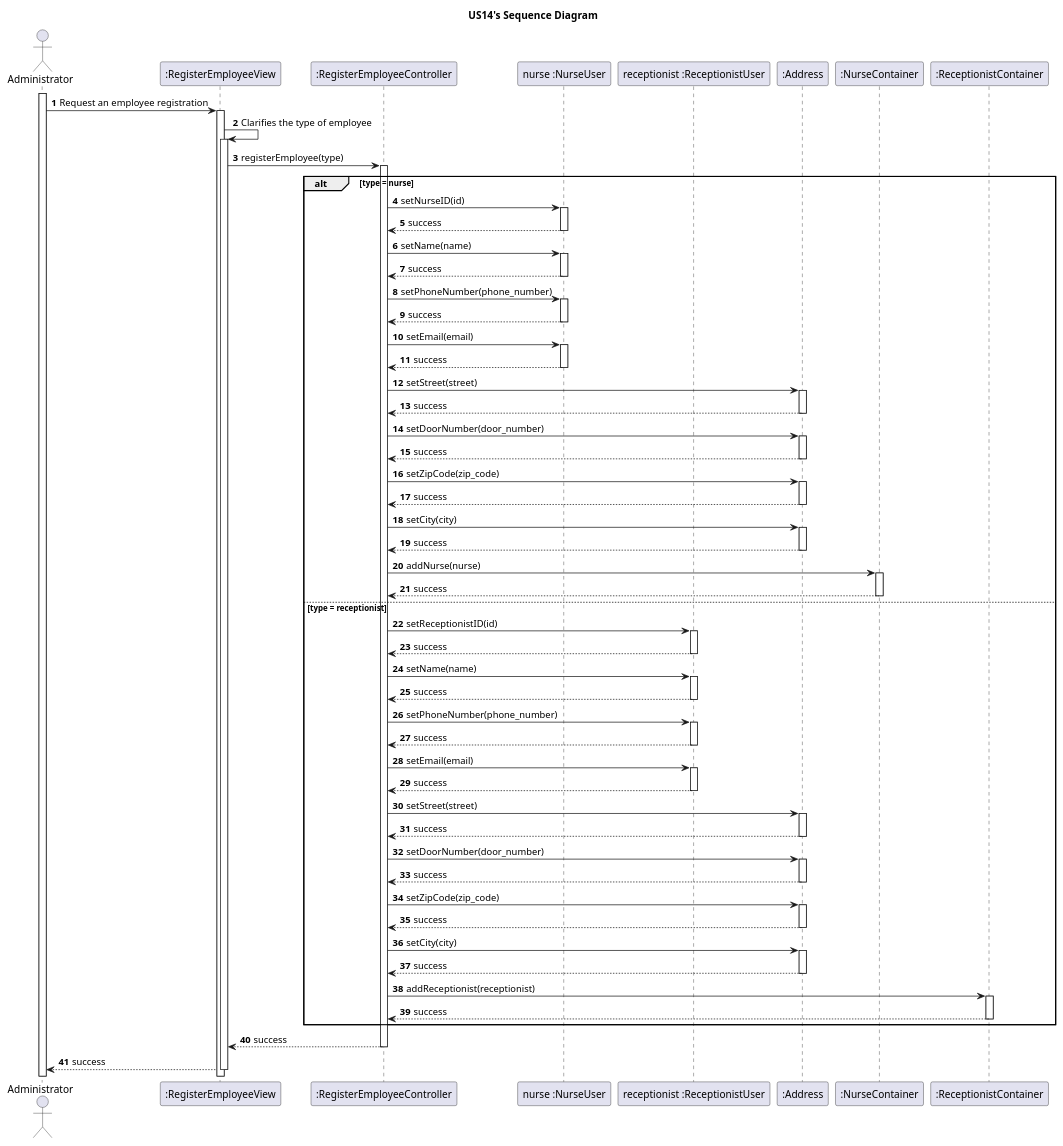
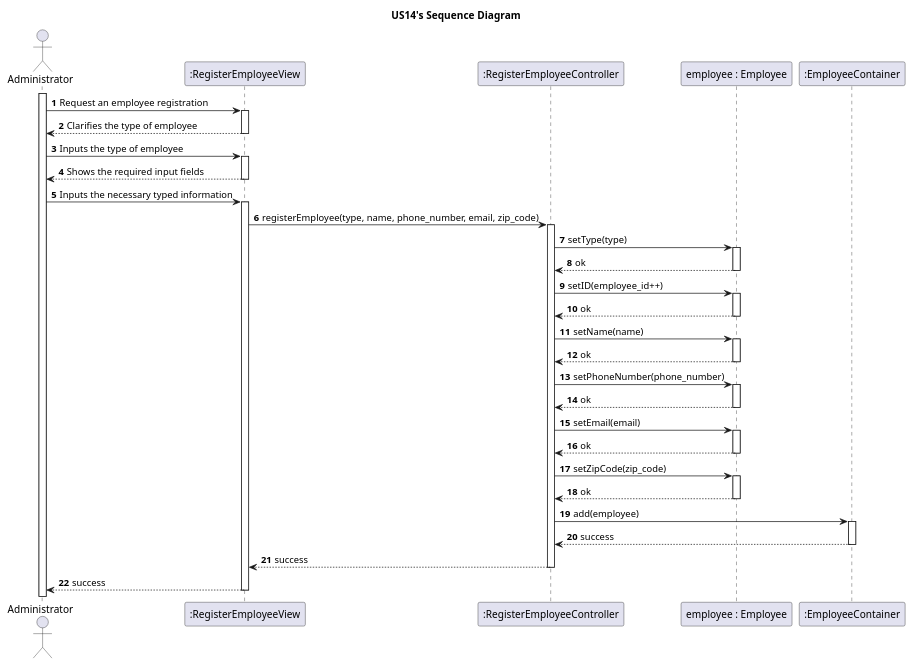
Before and after one commit to pedroguilherme-web/leti-esoft-25-26-A1: the diagram in docs/system-documentation/US14/puml/US14-SD.puml, drawn with PlantUML. The commit also changed 19 other files, not shown here.

```diff
--- a/docs/system-documentation/US14/puml/US14-SD.puml
+++ b/docs/system-documentation/US14/puml/US14-SD.puml
@@ -1,69 +1,45 @@
 @startuml
 'https://plantuml.com/sequence-diagram
 
 autoactivate on
 autonumber
 
 title US14's Sequence Diagram
 
 actor "Administrator" as Admin
 participant ":RegisterEmployeeView" as REV
 participant ":RegisterEmployeeController" as REC
-participant "nurse :NurseUser" as NU
-participant "receptionist :ReceptionistUser" as RU
-participant ":Address" as Address
-participant ":NurseContainer" as NC
-participant ":ReceptionistContainer" as RC
+participant "employee : Employee" as EMP
+participant ":EmployeeContainer" as EC
 
 activate Admin
 
 Admin -> REV: Request an employee registration
-REV -> REV: Clarifies the type of employee
-REV -> REC: registerEmployee(type)
-alt type = nurse
-    REC -> NU: setNurseID(id)
-    NU --> REC: success
-    REC -> NU: setName(name)
-    NU --> REC: success
-    REC -> NU: setPhoneNumber(phone_number)
-    NU --> REC: success
-    REC -> NU: setEmail(email)
-    NU --> REC: success
-    REC -> Address: setStreet(street)
-    Address --> REC: success
-    REC -> Address: setDoorNumber(door_number)
-    Address --> REC: success
-    REC -> Address: setZipCode(zip_code)
-    Address --> REC: success
-    REC -> Address: setCity(city)
-    Address --> REC: success
-    REC -> NC: addNurse(nurse)
-    NC --> REC: success
-else type = receptionist
-    REC -> RU: setReceptionistID(id)
-    RU --> REC: success
-    REC -> RU: setName(name)
-    RU --> REC: success
-    REC -> RU: setPhoneNumber(phone_number)
-    RU --> REC: success
-    REC -> RU: setEmail(email)
-    RU --> REC: success
-    REC -> Address: setStreet(street)
-    Address --> REC: success
-    REC -> Address: setDoorNumber(door_number)
-    Address --> REC: success
-    REC -> Address: setZipCode(zip_code)
-    Address --> REC: success
-    REC -> Address: setCity(city)
-    Address --> REC: success
-    REC -> RC: addReceptionist(receptionist)
-    RC --> REC: success
-end
+
+REV --> Admin: Clarifies the type of employee
+Admin -> REV: Inputs the type of employee
+REV --> Admin: Shows the required input fields
+Admin -> REV: Inputs the necessary typed information
+REV -> REC: registerEmployee(type, name, phone_number, email, zip_code)
+REC -> EMP: setType(type)
+EMP --> REC: ok
+REC -> EMP: setID(employee_id++)
+EMP --> REC: ok
+REC -> EMP: setName(name)
+EMP --> REC: ok
+REC -> EMP: setPhoneNumber(phone_number)
+EMP --> REC: ok
+REC -> EMP: setEmail(email)
+EMP --> REC: ok
+REC -> EMP: setZipCode(zip_code)
+EMP --> REC: ok
+REC -> EC: add(employee)
+EC --> REC: success
 REC --> REV: success
 REV --> Admin: success
 
 
 
 
 
 @enduml
```
